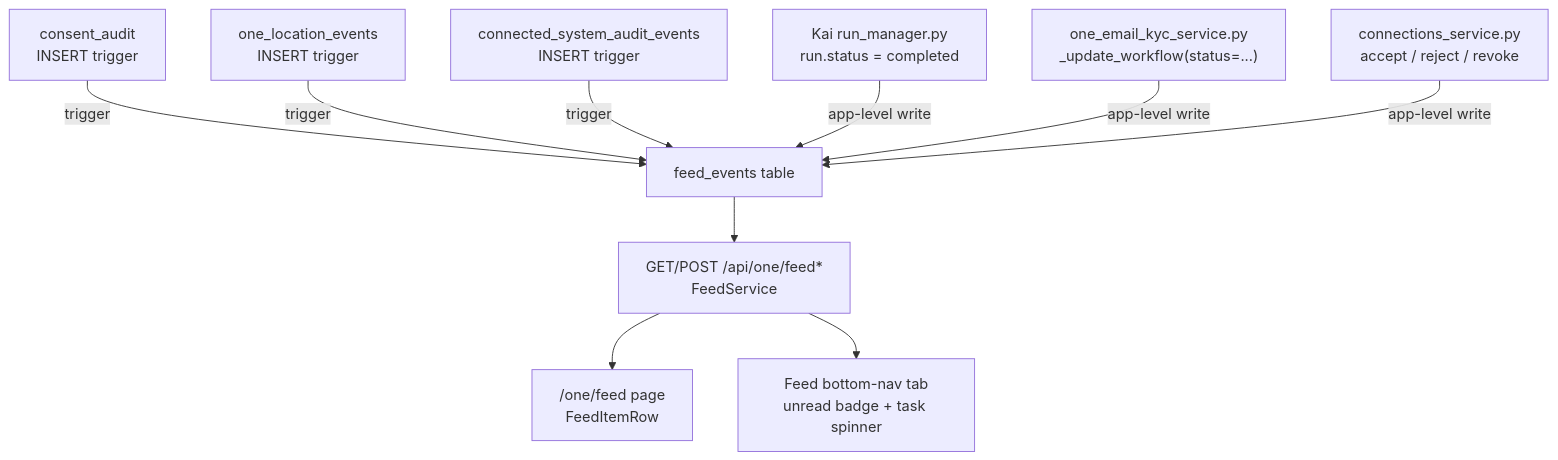
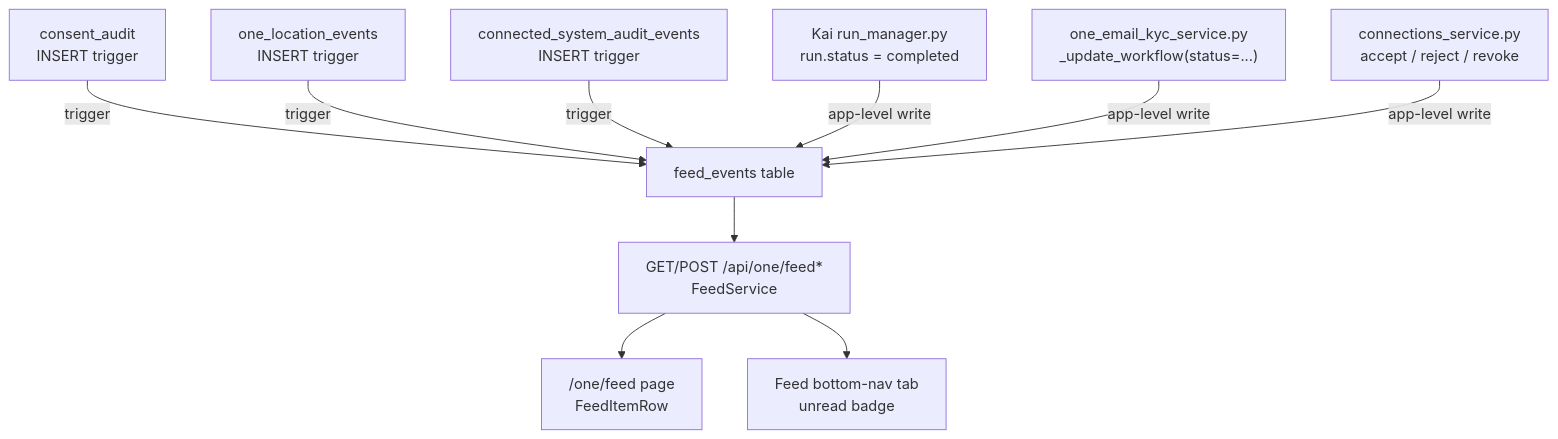
Before and after one commit to hushh-labs/hushh-research: the diagram in docs/reference/one/feed-notification-model.md, drawn with Mermaid. The commit also changed other lines of this file and 22 other files, not shown here.

````diff
--- a/docs/reference/one/feed-notification-model.md
+++ b/docs/reference/one/feed-notification-model.md
@@ -5,23 +5,23 @@
 ```mermaid
 flowchart TD
   consent["consent_audit<br/>INSERT trigger"]
   location["one_location_events<br/>INSERT trigger"]
   connected["connected_system_audit_events<br/>INSERT trigger"]
   kai["Kai run_manager.py<br/>run.status = completed"]
   kyc["one_email_kyc_service.py<br/>_update_workflow(status=...)"]
   connections["connections_service.py<br/>accept / reject / revoke"]
   feed_events["feed_events table"]
   api["GET/POST /api/one/feed*<br/>FeedService"]
   page["/one/feed page<br/>FeedItemRow"]
-  tab["Feed bottom-nav tab<br/>unread badge + task spinner"]
+  tab["Feed bottom-nav tab<br/>unread badge"]
 
   consent -->|trigger| feed_events
   location -->|trigger| feed_events
   connected -->|trigger| feed_events
   kai -->|app-level write| feed_events
   kyc -->|app-level write| feed_events
   connections -->|app-level write| feed_events
   feed_events --> api
   api --> page
   api --> tab
 ```
````
